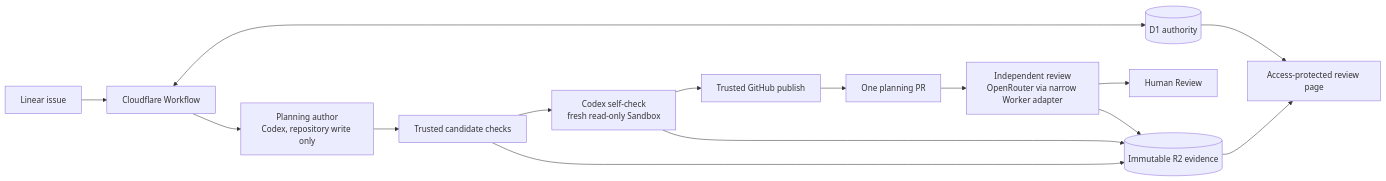
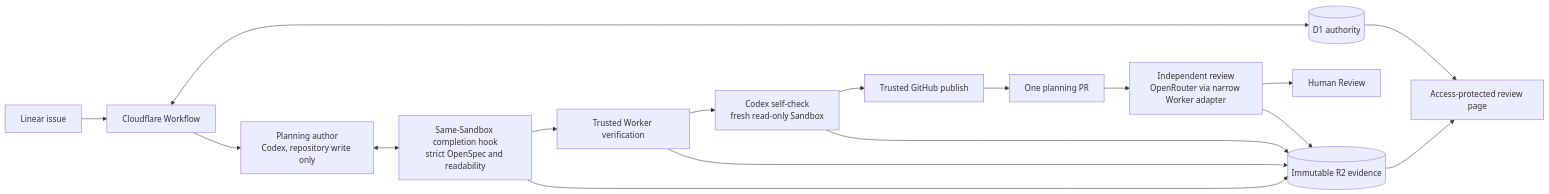
Before and after one commit to sachinkundu/deos: the diagram in docs/current-architecture.md, drawn with Mermaid. The commit also changed other lines of this file and 22 other files, not shown here.

````diff
--- a/docs/current-architecture.md
+++ b/docs/current-architecture.md
@@ -15,17 +15,19 @@
 ```mermaid
 flowchart LR
     L[Linear issue] --> W[Cloudflare Workflow]
     W <--> D[(D1 authority)]
     W --> A[Planning author<br/>Codex, repository write only]
-    A --> C[Trusted candidate checks]
-    C --> S[Codex self-check<br/>fresh read-only Sandbox]
+    A <--> C[Same-Sandbox completion hook<br/>strict OpenSpec and readability]
+    C --> V[Trusted Worker verification]
+    V --> S[Codex self-check<br/>fresh read-only Sandbox]
     S --> P[Trusted GitHub publish]
     P --> G[One planning PR]
     G --> I[Independent review<br/>OpenRouter via narrow Worker adapter]
     I --> H[Human Review]
     C --> R[(Immutable R2 evidence)]
+    V --> R
     S --> R
     I --> R
     D --> O[Access-protected review page]
     R --> O
 ```
````
